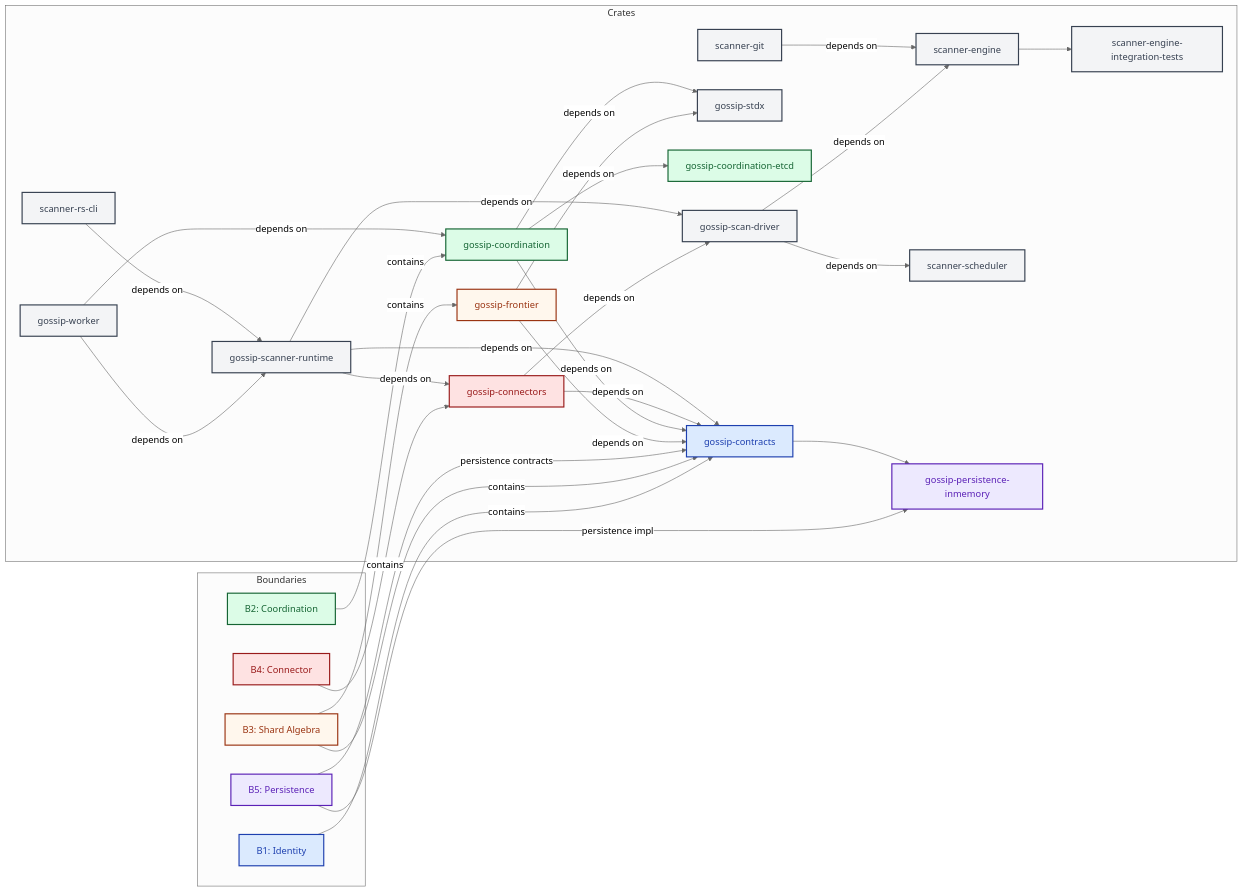
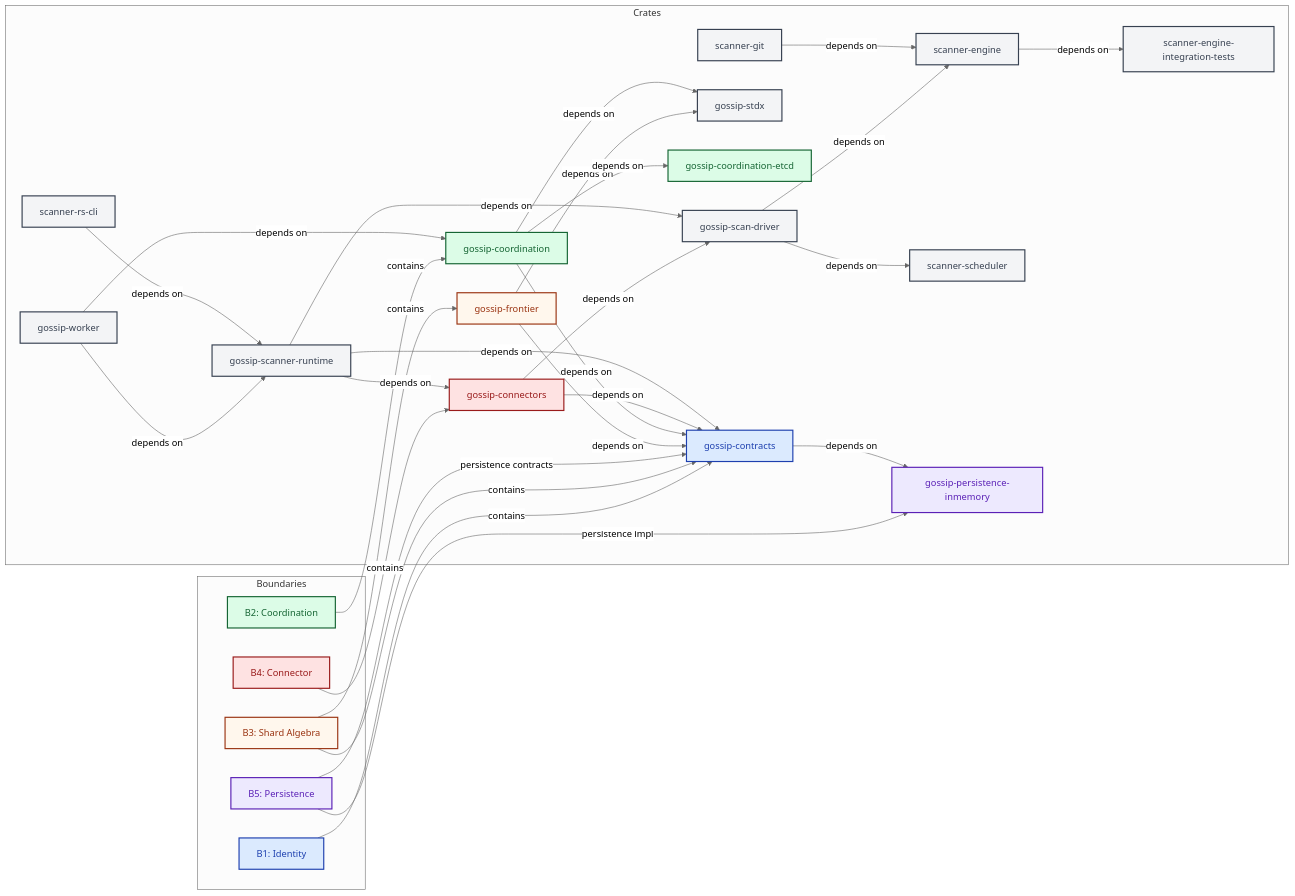
One commit to ahrav/Gossip-rs changed the second of 4 diagrams in diagrams/01-system-overview.md. Above: the diagram before and after it, drawn with Mermaid (neutral theme). The commit also changed other lines of this file and 9 other files, not shown here.

Commit message:
Reorder diagram reading paths and fix cross-references

````diff
--- a/diagrams/01-system-overview.md
+++ b/diagrams/01-system-overview.md
@@ -92,79 +92,79 @@
 ```mermaid
 %% Diagram: crate-mapping
 graph LR
     subgraph Boundaries
         B1["B1: Identity"]
         B3["B3: Shard Algebra"]
         B2["B2: Coordination"]
         B4["B4: Connector"]
         B5["B5: Persistence"]
     end
 
     subgraph Crates
         contracts["gossip-contracts"]
         stdx["gossip-stdx"]
         frontier["gossip-frontier"]
         coordination["gossip-coordination"]
         coordination_etcd["gossip-coordination-etcd"]
         connectors["gossip-connectors"]
         scan_driver["gossip-scan-driver"]
         scanner_engine["scanner-engine"]
         scanner_scheduler["scanner-scheduler"]
         scanner_git["scanner-git"]
         persistence_inmem["gossip-persistence-inmemory"]
         runtime["gossip-scanner-runtime"]
         worker["gossip-worker"]
         cli["scanner-rs-cli"]
         integration_tests["scanner-engine-integration-tests"]
     end
 
     B1 -->|"contains"| contracts
     B3 -->|"contains"| contracts
     B3 -->|"contains"| frontier
     B5 -->|"persistence contracts"| contracts
     B5 -->|"persistence impl"| persistence_inmem
     B2 -->|"contains"| coordination
     B4 -->|"contains"| connectors
 
     frontier -->|"depends on"| contracts
     frontier -->|"depends on"| stdx
     coordination -->|"depends on"| contracts
     coordination -->|"depends on"| stdx
     connectors -->|"depends on"| contracts
     connectors -->|"depends on"| scan_driver
     scan_driver -->|"depends on"| scanner_engine
     scan_driver -->|"depends on"| scanner_scheduler
     scanner_git -->|"depends on"| scanner_engine
     runtime -->|"depends on"| scan_driver
     runtime -->|"depends on"| connectors
     runtime -->|"depends on"| contracts
     worker -->|"depends on"| runtime
     worker -->|"depends on"| coordination
     cli -->|"depends on"| runtime
 
-    coordination --> coordination_etcd
-    contracts --> persistence_inmem
-    scanner_engine --> integration_tests
+    coordination -->|"depends on"| coordination_etcd
+    contracts -->|"depends on"| persistence_inmem
+    scanner_engine -->|"depends on"| integration_tests
 
     style B1 fill:#DBEAFE,stroke:#1E40AF,stroke-width:2px,color:#1E40AF
     style B3 fill:#FFF7ED,stroke:#9A3412,stroke-width:2px,color:#9A3412
     style B2 fill:#DCFCE7,stroke:#166534,stroke-width:2px,color:#166534
     style B4 fill:#FEE2E2,stroke:#991B1B,stroke-width:2px,color:#991B1B
     style B5 fill:#EDE9FE,stroke:#5B21B6,stroke-width:2px,color:#5B21B6
 
     style contracts fill:#DBEAFE,stroke:#1E40AF,stroke-width:2px,color:#1E40AF
     style stdx fill:#F3F4F6,stroke:#374151,stroke-width:2px,color:#374151
     style frontier fill:#FFF7ED,stroke:#9A3412,stroke-width:2px,color:#9A3412
     style coordination fill:#DCFCE7,stroke:#166534,stroke-width:2px,color:#166534
     style connectors fill:#FEE2E2,stroke:#991B1B,stroke-width:2px,color:#991B1B
     style scan_driver fill:#F3F4F6,stroke:#374151,stroke-width:2px,color:#374151
     style scanner_engine fill:#F3F4F6,stroke:#374151,stroke-width:2px,color:#374151
     style scanner_scheduler fill:#F3F4F6,stroke:#374151,stroke-width:2px,color:#374151
     style scanner_git fill:#F3F4F6,stroke:#374151,stroke-width:2px,color:#374151
     style runtime fill:#F3F4F6,stroke:#374151,stroke-width:2px,color:#374151
     style worker fill:#F3F4F6,stroke:#374151,stroke-width:2px,color:#374151
     style cli fill:#F3F4F6,stroke:#374151,stroke-width:2px,color:#374151
     style coordination_etcd fill:#DCFCE7,stroke:#166534,stroke-width:2px,color:#166534
     style persistence_inmem fill:#EDE9FE,stroke:#5B21B6,stroke-width:2px,color:#5B21B6
     style integration_tests fill:#F3F4F6,stroke:#374151,stroke-width:2px,color:#374151
 ```
````
